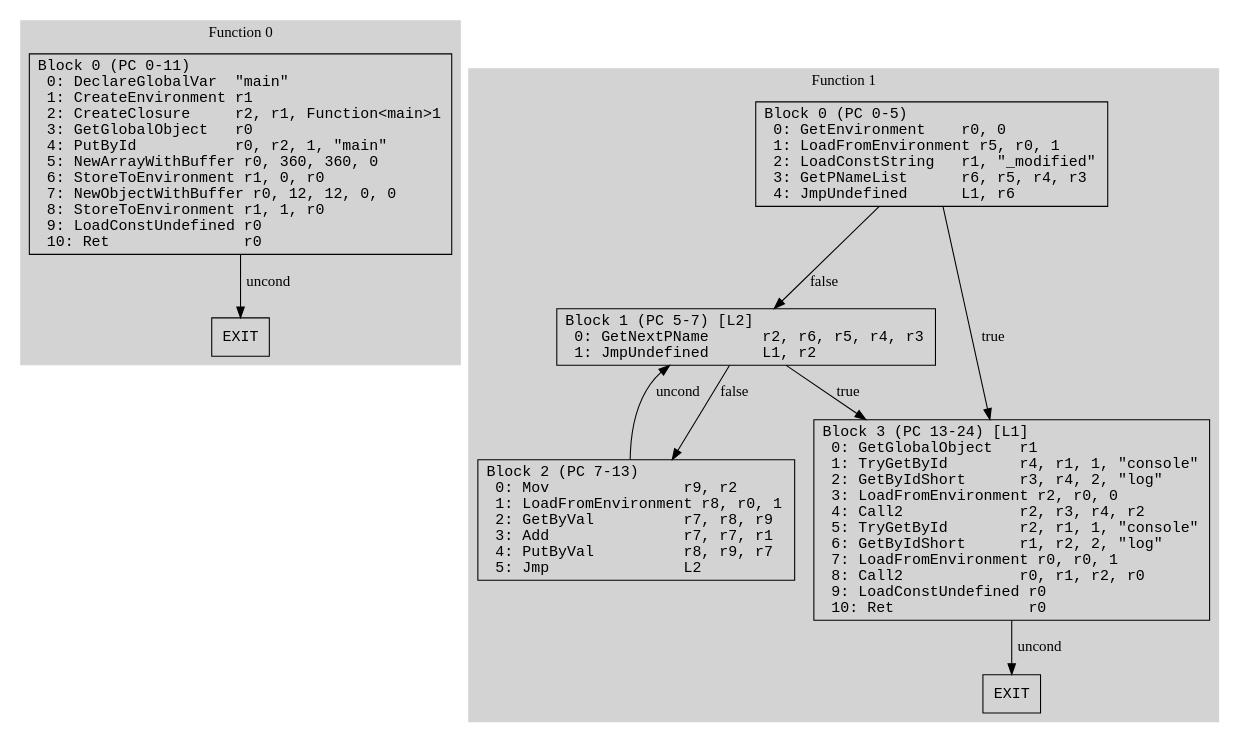
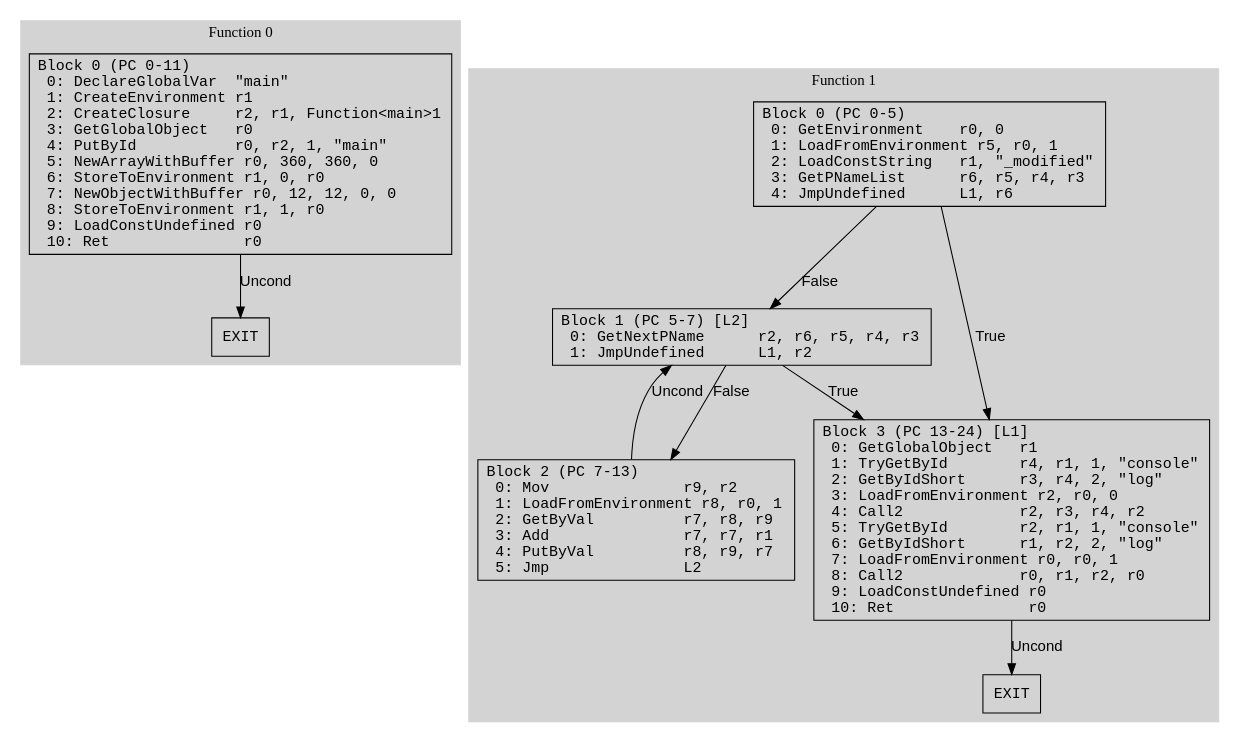
Before and after one commit to kroo/hermes-dec-rs: the diagram in data/array_constants_v96.dot, drawn with Graphviz. The commit also changed 139 other files, not shown here.

```diff
--- a/data/array_constants_v96.dot
+++ b/data/array_constants_v96.dot
@@ -1,38 +1,42 @@
 // CFG analysis for array_constants_v96
 // Generated from data/array_constants_v96.hbc
 
 digraph {
   rankdir=TB;
   node [shape=box, fontname="monospace"];
 
   subgraph cluster_function_0 {
     label = "Function 0";
     style = filled;
     color = lightgrey;
 
+    edge [fontname="Arial"];
+
     f0_n0 [ label = "Block 0 (PC 0-11)\l  0: DeclareGlobalVar  \"main\"\l  1: CreateEnvironment r1\l  2: CreateClosure     r2, r1, Function<main>1\l  3: GetGlobalObject   r0\l  4: PutById           r0, r2, 1, \"main\"\l  5: NewArrayWithBuffer r0, 360, 360, 0\l  6: StoreToEnvironment r1, 0, r0\l  7: NewObjectWithBuffer r0, 12, 12, 0, 0\l  8: StoreToEnvironment r1, 1, r0\l  9: LoadConstUndefined r0\l  10: Ret               r0\l" ]
     f0_n1 [ label = "EXIT" ]
 
-    f0_n0 -> f0_n1 [label="uncond"]
+    f0_n0 -> f0_n1 [label="Uncond"]
   }
 
   subgraph cluster_function_1 {
     label = "Function 1";
     style = filled;
     color = lightgrey;
 
+    edge [fontname="Arial"];
+
     f1_n0 [ label = "Block 0 (PC 0-5)\l  0: GetEnvironment    r0, 0\l  1: LoadFromEnvironment r5, r0, 1\l  2: LoadConstString   r1, \"_modified\"\l  3: GetPNameList      r6, r5, r4, r3\l  4: JmpUndefined      L1, r6\l" ]
     f1_n1 [ label = "Block 1 (PC 5-7) [L2]\l  0: GetNextPName      r2, r6, r5, r4, r3\l  1: JmpUndefined      L1, r2\l" ]
     f1_n2 [ label = "Block 2 (PC 7-13)\l  0: Mov               r9, r2\l  1: LoadFromEnvironment r8, r0, 1\l  2: GetByVal          r7, r8, r9\l  3: Add               r7, r7, r1\l  4: PutByVal          r8, r9, r7\l  5: Jmp               L2\l" ]
     f1_n3 [ label = "Block 3 (PC 13-24) [L1]\l  0: GetGlobalObject   r1\l  1: TryGetById        r4, r1, 1, \"console\"\l  2: GetByIdShort      r3, r4, 2, \"log\"\l  3: LoadFromEnvironment r2, r0, 0\l  4: Call2             r2, r3, r4, r2\l  5: TryGetById        r2, r1, 1, \"console\"\l  6: GetByIdShort      r1, r2, 2, \"log\"\l  7: LoadFromEnvironment r0, r0, 1\l  8: Call2             r0, r1, r2, r0\l  9: LoadConstUndefined r0\l  10: Ret               r0\l" ]
     f1_n4 [ label = "EXIT" ]
 
-    f1_n0 -> f1_n3 [label="true"]
-    f1_n0 -> f1_n1 [label="false"]
-    f1_n1 -> f1_n3 [label="true"]
-    f1_n1 -> f1_n2 [label="false"]
-    f1_n2 -> f1_n1 [label="uncond"]
-    f1_n3 -> f1_n4 [label="uncond"]
+    f1_n0 -> f1_n3 [label="True"]
+    f1_n0 -> f1_n1 [label="False"]
+    f1_n1 -> f1_n3 [label="True"]
+    f1_n1 -> f1_n2 [label="False"]
+    f1_n2 -> f1_n1 [label="Uncond"]
+    f1_n3 -> f1_n4 [label="Uncond"]
   }
 
 }
```
